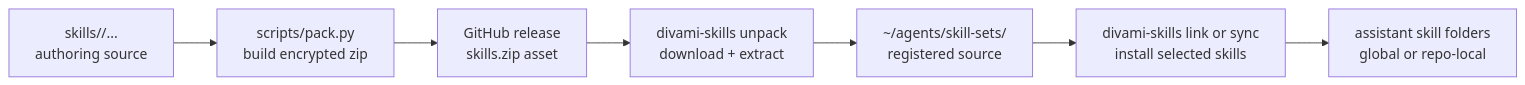
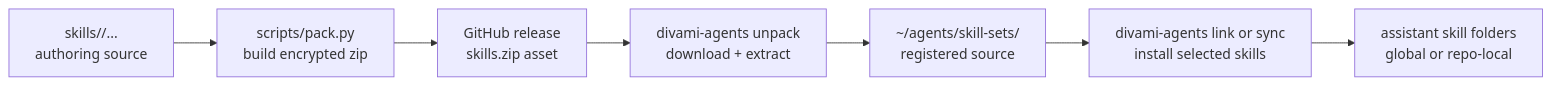
Before and after one commit to yeshwanth-divami/divami-agents: the diagram in handbook/ops.md, drawn with Mermaid. The commit also changed other lines of this file and 6 other files, not shown here.

````diff
--- a/handbook/ops.md
+++ b/handbook/ops.md
@@ -9,9 +9,9 @@
 ```mermaid
 flowchart LR
     A["skills/<skill>/...<br/>authoring source"] --> B["scripts/pack.py<br/>build encrypted zip"]
     B --> C["GitHub release<br/>skills.zip asset"]
-    C --> D["divami-skills unpack<br/>download + extract"]
+    C --> D["divami-agents unpack<br/>download + extract"]
     D --> E["~/agents/skill-sets/<set><br/>registered source"]
-    E --> F["divami-skills link or sync<br/>install selected skills"]
+    E --> F["divami-agents link or sync<br/>install selected skills"]
     F --> G["assistant skill folders<br/>global or repo-local"]
 ```
````
